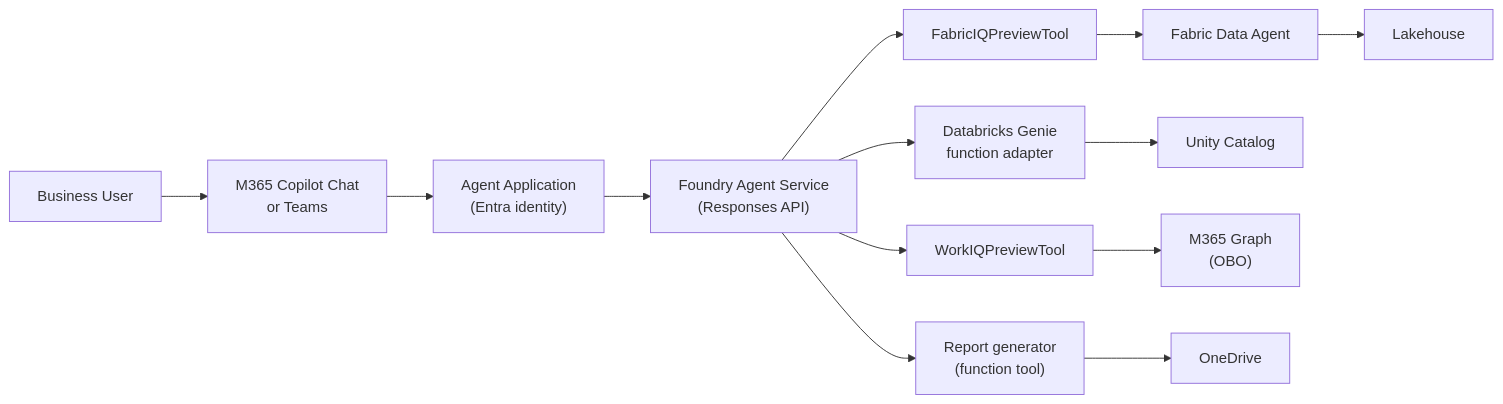
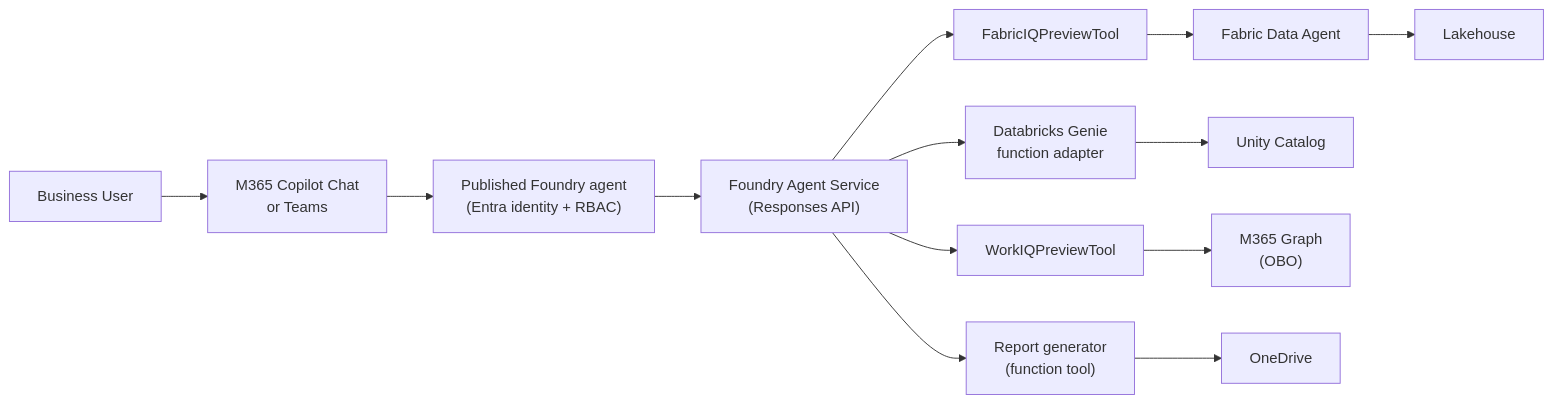
One commit to ericchansen/agent-demo-dev changed the first of 2 diagrams in website/docs/architecture/foundry-surface.md. Above: the diagram before and after it, drawn with Mermaid. The commit also changed other lines of this file and 13 other files, not shown here.

````diff
--- a/website/docs/architecture/foundry-surface.md
+++ b/website/docs/architecture/foundry-surface.md
@@ -18,15 +18,15 @@
 ```mermaid
 flowchart LR
     User["Business User"] --> M365["M365 Copilot Chat\nor Teams"]
-    M365 --> App["Agent Application\n(Entra identity)"]
-    App --> Foundry["Foundry Agent Service\n(Responses API)"]
+    M365 --> Published["Published Foundry agent\n(Entra identity + RBAC)"]
+    Published --> Foundry["Foundry Agent Service\n(Responses API)"]
     Foundry --> FIQ["FabricIQPreviewTool"]
     Foundry --> DBX["Databricks Genie\nfunction adapter"]
     Foundry --> WIQT["WorkIQPreviewTool"]
     Foundry --> Func["Report generator\n(function tool)"]
     FIQ --> DA["Fabric Data Agent"]
     DA --> LH["Lakehouse"]
     DBX --> UC["Unity Catalog"]
     WIQT --> Graph["M365 Graph\n(OBO)"]
     Func --> OD["OneDrive"]
 ```
````
